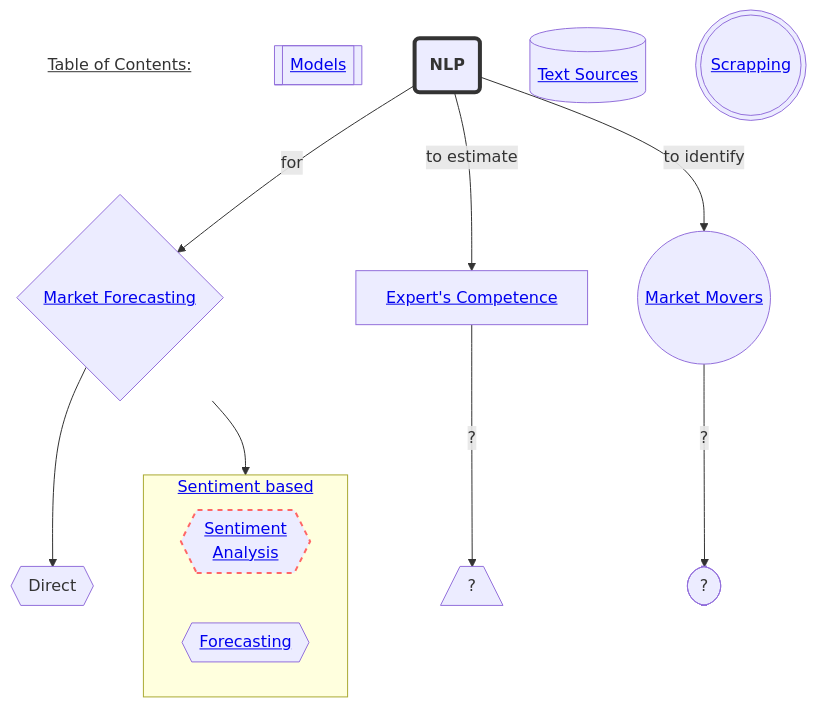
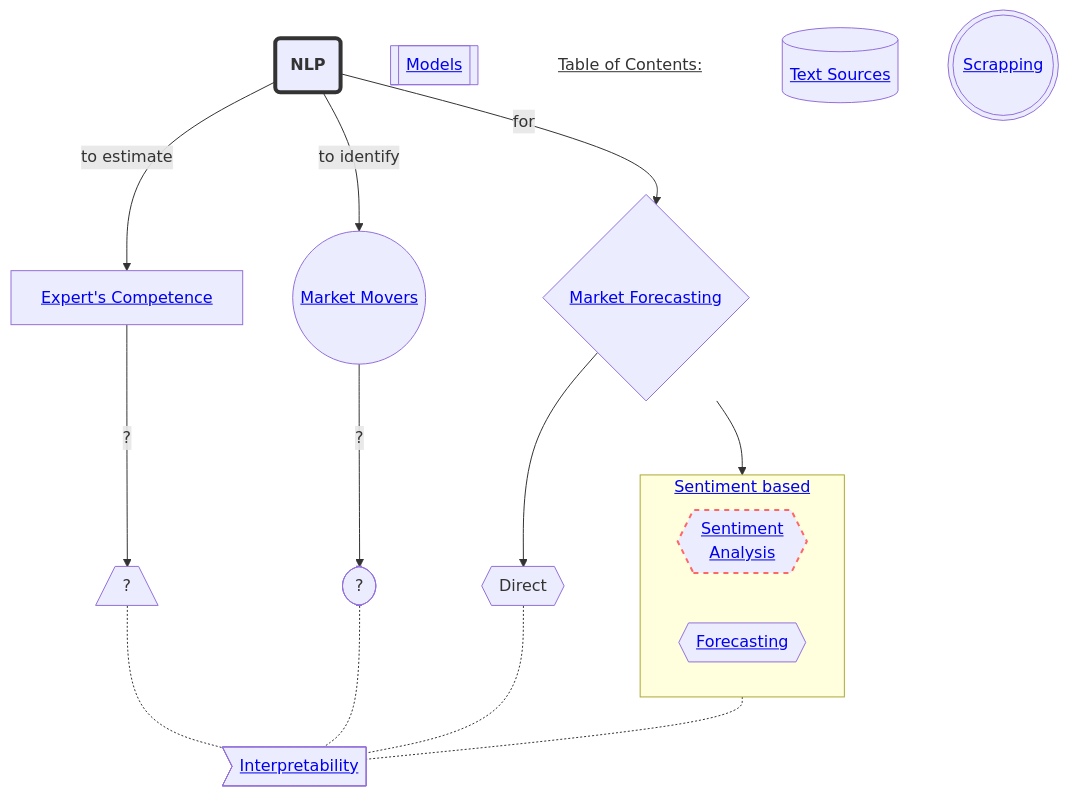
Before and after one commit to completelyboofyblitzed/STOCK-MARKET-NLP: the first of 2 diagrams in README.md, drawn with Mermaid. The commit also changed other lines of this file, not shown here.

````diff
--- a/README.md
+++ b/README.md
@@ -9,39 +9,44 @@
 ```mermaid
 %%{init: {"theme": "default","fontFamily": "cursive", "sequence": { "securityLevel":"loose" }}}%%
 graph TD
     title[<u>Table of Contents:</u>]
     title---F
     style title fill:#FFF,stroke:#FFF
     linkStyle 0 stroke:#FFF,stroke-width:0;
 
     %%FirstStep-->...
     %%classDef containers fill:#E6E1F7
     
     %% styling the nodes and arrors https://dompl.medium.com/produce-great-looking-flowcharts-in-seconds-7f3bea64f2e2
     %% mermaid editor https://mermaid.live
     Mo[[<a href='https://github.com/completelyboofyblitzed/NLP-in-STOCK-MARKET/blob/main/README.md#models'>Models</a>]]
     A(<b>NLP</b>) -->|for| F{<a href='https://github.com/completelyboofyblitzed/NLP-in-STOCK-MARKET/blob/main/README.md#market-forecasting'>Market Forecasting</a>} 
     
     style A stroke:#333,stroke-width:4px
     subgraph MF [<a href='https://github.com/completelyboofyblitzed/NLP-in-STOCK-MARKET/blob/main/README.md#sentiment-based' >Sentiment based</a>]
     Se{{<a href='https://github.com/completelyboofyblitzed/NLP-in-STOCK-MARKET/blob/main/README.md#sentiment-analysis'>Sentiment<br>Analysis</a>}}
     Fc{{<a href='https://github.com/completelyboofyblitzed/NLP-in-STOCK-MARKET/blob/main/README.md#forecasting'>Forecasting</a>}}
     %% Al{{?}}
     end
 
     
     Ts[(<a href='https://github.com/completelyboofyblitzed/NLP-in-STOCK-MARKET/blob/main/README.md#text-sources'>Text Sources</a>)]
     
     %% Se<-.-Mo
     %% Fc<-.-Al[[<a href='https://github.com/completelyboofyblitzed/NLP-in-STOCK-MARKET/blob/main/README.md#algorithms'>Algorithms</a>]]
     F--> Di{{Direct}}
 
     Sc(((<a href='https://github.com/completelyboofyblitzed/NLP-in-STOCK-MARKET/blob/main/README.md#scrapping'>Scrapping</a>)))
     A -->|to estimate| E[<a href='https://github.com/completelyboofyblitzed/NLP-in-STOCK-MARKET/blob/main/README.md#experts-competence-estimation'>Expert's Competence</a>]
     A -->|to identify| M((<a href='https://github.com/completelyboofyblitzed/NLP-in-STOCK-MARKET/blob/main/README.md#market-movers-identification'>Market Movers</a>))
     F -->|"  "| MF{{?}}
     style Se stroke:#f66,stroke-width:2px,color:#fff,stroke-dasharray: 5 5,text-decoration: none
     E -->|?| V[/?\]
     M -->|?| Q([?])
+    I><a href='https://github.com/completelyboofyblitzed/NLP-in-STOCK-MARKET/blob/main/README.md#interpretability'>Interpretability</a>]
+    V<-.-I
+    Q<-.-I
+    Di<-.-I
+    MF<-.-I
     %% class A,B,F,E,E,M,F,Q containers;
 ```
````
